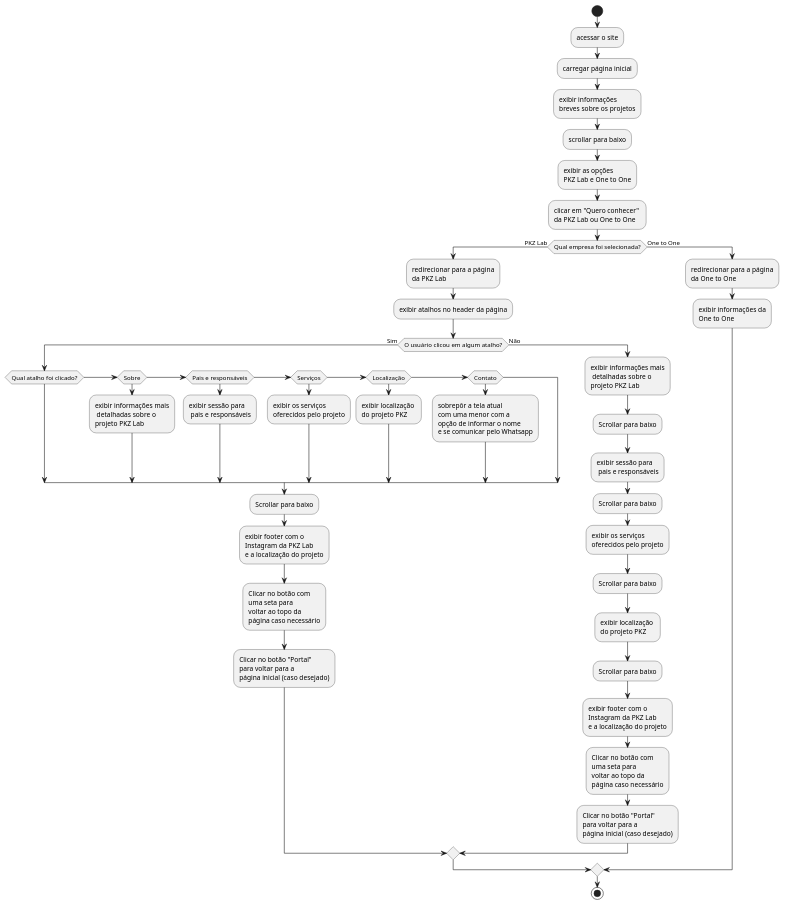
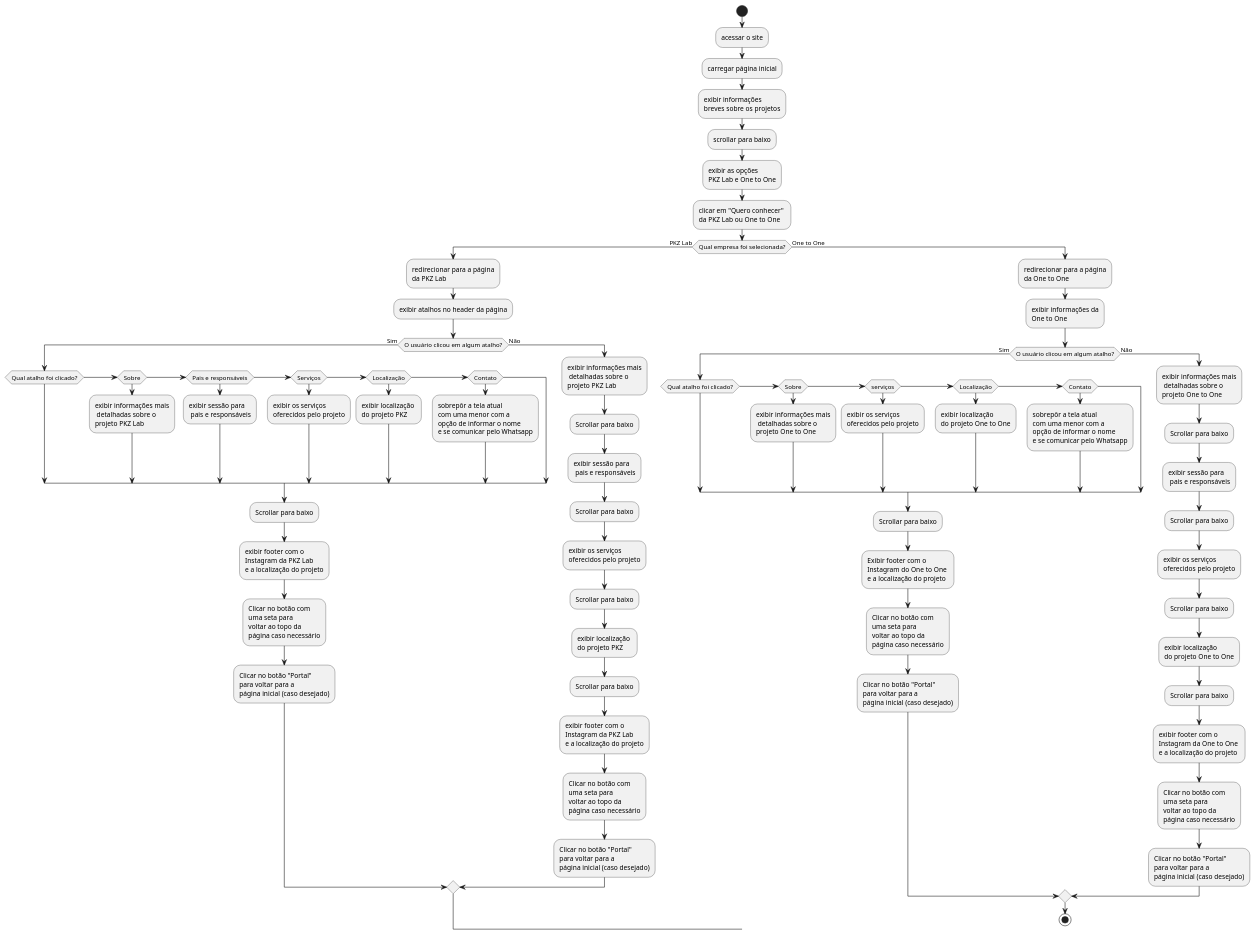
The diagram in 05 - AHT/aht2.puml (enzotrotto-ibmec/PFE-2026-2-AP1-Grupo1-terca), drawn with PlantUML before and after one commit.

Commit message:
Adicionando AHT One to One

```diff
--- a/05 - AHT/aht2.puml
+++ b/05 - AHT/aht2.puml
@@ -2,55 +2,81 @@
 @startuml AHT2_PKZ_OneToOne
 start
 
 :acessar o site;
 :carregar página inicial;
 :exibir informações \nbreves sobre os projetos;
 :scrollar para baixo;
 :exibir as opções \nPKZ Lab e One to One;
 :clicar em "Quero conhecer" \nda PKZ Lab ou One to One;
 
 if (Qual empresa foi selecionada?) then (PKZ Lab)
     :redirecionar para a página\nda PKZ Lab;
     :exibir atalhos no header da página;
     if (O usuário clicou em algum atalho?) then (Sim)
         if (Qual atalho foi clicado?) 
         elseif (Sobre)
             :exibir informações mais\n detalhadas sobre o \nprojeto PKZ Lab;
         elseif (Pais e responsáveis)
             :exibir sessão para\n pais e responsáveis;
         elseif (Serviços)
             :exibir os serviços \noferecidos pelo projeto;
         elseif (Localização)
             :exibir localização \ndo projeto PKZ;
         elseif (Contato)
             :sobrepôr a tela atual \ncom uma menor com a \nopção de informar o nome \ne se comunicar pelo Whatsapp;     
         endif 
         :Scrollar para baixo;
         :exibir footer com o \nInstagram da PKZ Lab \ne a localização do projeto;
         :Clicar no botão com \numa seta para \nvoltar ao topo da \npágina caso necessário;
         :Clicar no botão "Portal" \npara voltar para a \npágina inicial (caso desejado);
     
     else (Não)
         :exibir informações mais\n detalhadas sobre o \nprojeto PKZ Lab;
         :Scrollar para baixo;
         :exibir sessão para\n pais e responsáveis;
         :Scrollar para baixo;
         :exibir os serviços \noferecidos pelo projeto;
         :Scrollar para baixo;
         :exibir localização \ndo projeto PKZ;
         :Scrollar para baixo;
         :exibir footer com o \nInstagram da PKZ Lab \ne a localização do projeto;
         :Clicar no botão com \numa seta para \nvoltar ao topo da \npágina caso necessário;
         :Clicar no botão "Portal" \npara voltar para a \npágina inicial (caso desejado);
         endif
 
 
 else (One to One)
     :redirecionar para a página\nda One to One;
     :exibir informações da\nOne to One;
+    if (O usuário clicou em algum atalho?) then (Sim)
+        if (Qual atalho foi clicado?) 
+        elseif (Sobre)
+            :exibir informações mais\n detalhadas sobre o \nprojeto One to One;
+        elseif (serviços)
+            :exibir os serviços \noferecidos pelo projeto;
+        elseif (Localização)
+            :exibir localização \ndo projeto One to One;
+        elseif (Contato)
+            :sobrepôr a tela atual \ncom uma menor com a \nopção de informar o nome \ne se comunicar pelo Whatsapp; 
+        endif 
+        :Scrollar para baixo;
+        :Exibir footer com o \nInstagram do One to One \ne a localização do projeto;
+        :Clicar no botão com \numa seta para \nvoltar ao topo da \npágina caso necessário;
+        :Clicar no botão "Portal" \npara voltar para a \npágina inicial (caso desejado);    
+    else (Não)
+        :exibir informações mais\n detalhadas sobre o \nprojeto One to One;
+        :Scrollar para baixo;
+        :exibir sessão para\n pais e responsáveis;
+        :Scrollar para baixo;
+        :exibir os serviços \noferecidos pelo projeto;
+        :Scrollar para baixo;
+        :exibir localização \ndo projeto One to One;
+        :Scrollar para baixo;
+        :exibir footer com o \nInstagram da One to One \ne a localização do projeto;
+        :Clicar no botão com \numa seta para \nvoltar ao topo da \npágina caso necessário;
+        :Clicar no botão "Portal" \npara voltar para a \npágina inicial (caso desejado);
 
-endif
-
+    endif
 
 stop
 @enduml
```
